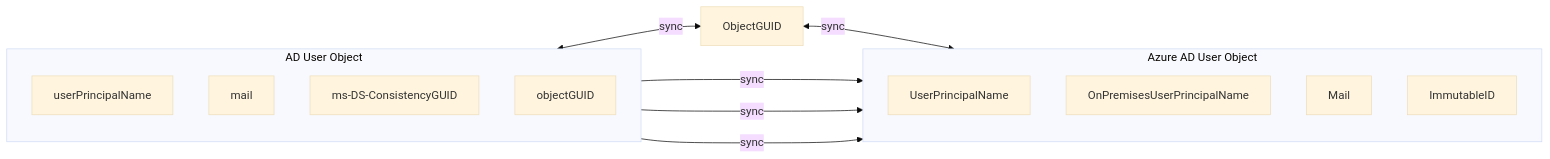
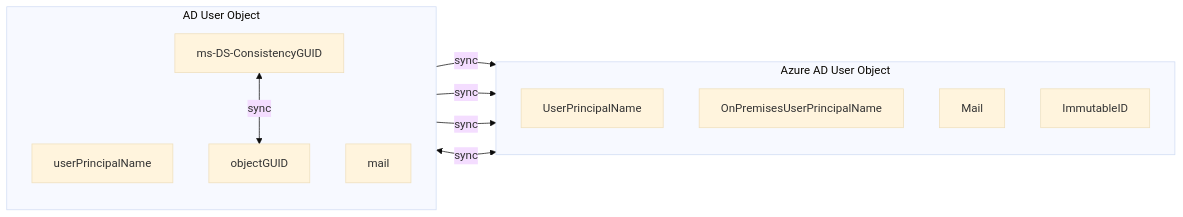
One commit to amasse3/AzureAD-Baseline-MLZ changed the diagram in doc/AAD-CertificateBasedAuthentication-DODPKI.md. Above: the diagram before and after it, drawn with Mermaid (base theme).

Commit message:
change case objectGUID

`````diff
--- a/doc/AAD-CertificateBasedAuthentication-DODPKI.md
+++ b/doc/AAD-CertificateBasedAuthentication-DODPKI.md
@@ -28,21 +28,21 @@
 ````mermaid
 flowchart LR
     subgraph Azure AD User Object
     direction TB
     UserPrincipalName
     OnPremisesUserPrincipalName
     Mail
     ImmutableID
     end
     subgraph AD User Object
     direction TB
     userPrincipalName
     mail
     ms-DS-ConsistencyGUID
     objectGUID
     end
     userPrincipalName--sync-->OnPremisesUserPrincipalName
     mail--sync-->UserPrincipalName
     mail--sync-->Mail
-    ms-DS-ConsistencyGUID<--sync-->ObjectGUID<--sync-->ImmutableID
+    ms-DS-ConsistencyGUID<--sync-->objectGUID<--sync-->ImmutableID
 ````
`````
